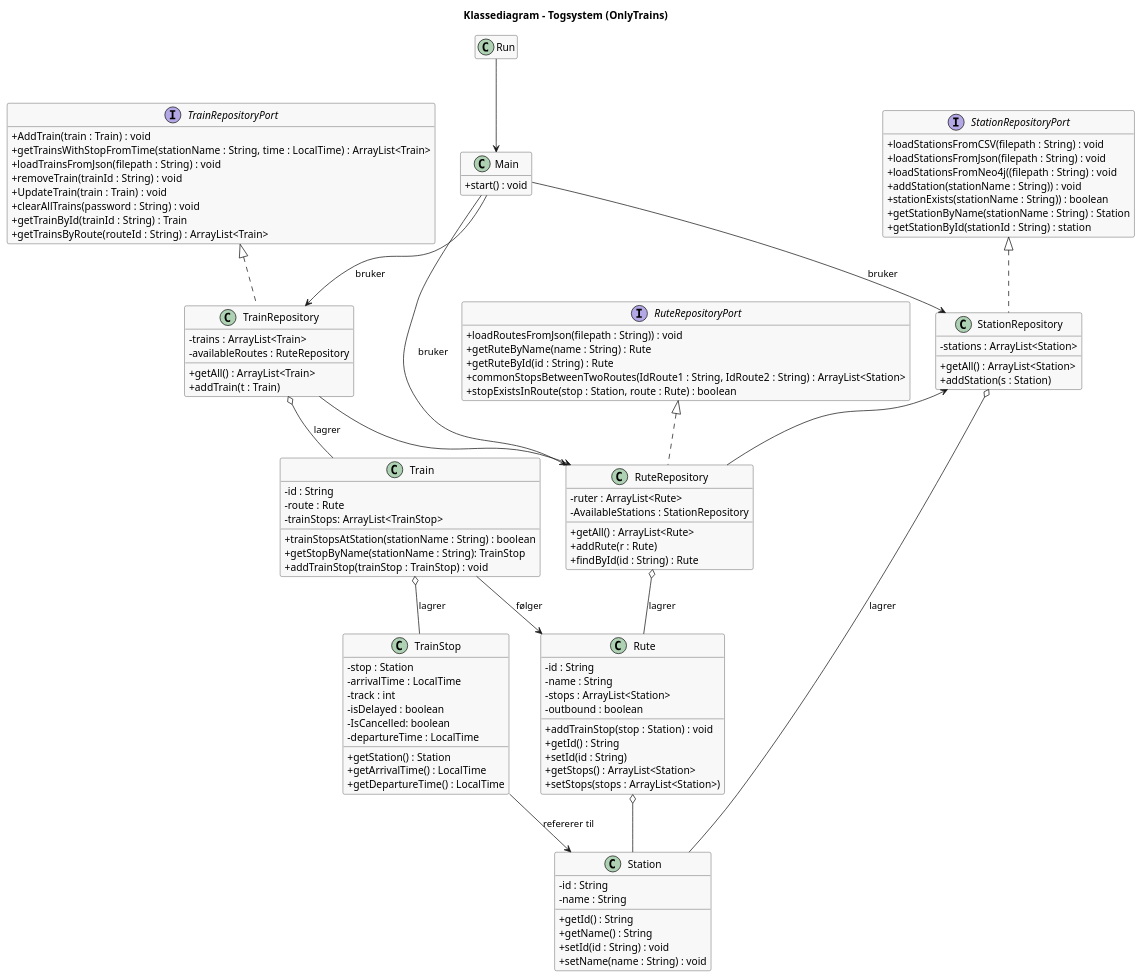
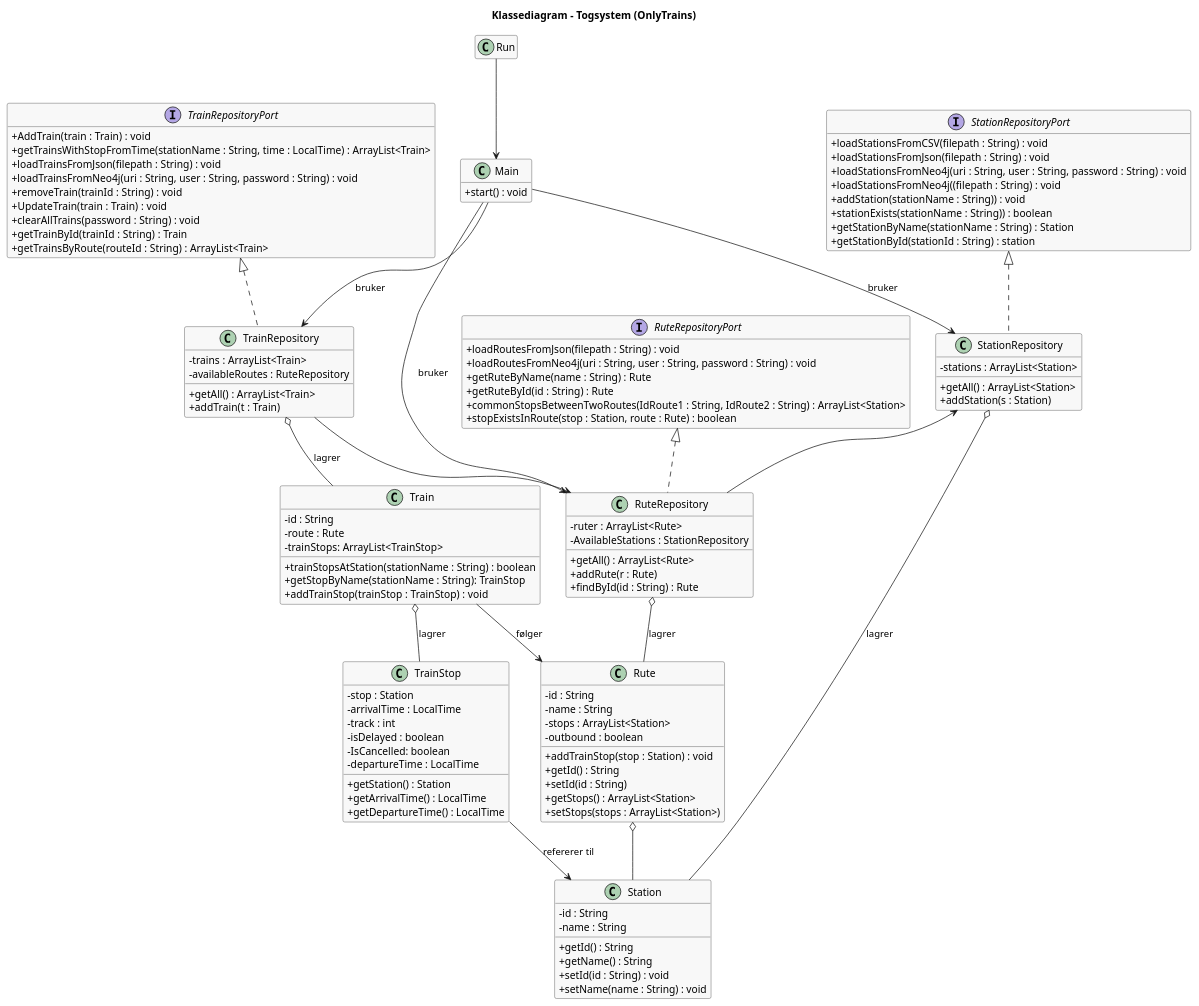
Before and after one commit to Leorita/Software-engineer: the diagram in OnlyTrainsApplication/src/Klassediagram.puml, drawn with PlantUML. The commit also changed 7 other files, not shown here.

Commit message:
La til ikke funksjonelle metoder for å laste inn data fra neo4j database, oppdaterte også klassediagram

```diff
--- a/OnlyTrainsApplication/src/Klassediagram.puml
+++ b/OnlyTrainsApplication/src/Klassediagram.puml
@@ -1,135 +1,138 @@
 @startuml
 title Klassediagram – Togsystem (OnlyTrains)
 hide empty members
 skinparam classAttributeIconSize 0
 skinparam class {
     BackgroundColor #F8F8F8
     BorderColor #333333
 }
 
 ' =======================
 ' Klasser
 ' =======================
 interface TrainRepositoryPort{
     + AddTrain(train : Train) : void
     + getTrainsWithStopFromTime(stationName : String, time : LocalTime) : ArrayList<Train>
     + loadTrainsFromJson(filepath : String) : void
+    + loadTrainsFromNeo4j(uri : String, user : String, password : String) : void
     + removeTrain(trainId : String) : void
     + UpdateTrain(train : Train) : void
     + clearAllTrains(password : String) : void
     + getTrainById(trainId : String) : Train
     + getTrainsByRoute(routeId : String) : ArrayList<Train>
 }
 interface RuteRepositoryPort{
-    + loadRoutesFromJson(filepath : String)) : void
+    + loadRoutesFromJson(filepath : String) : void
+    + loadRoutesFromNeo4j(uri : String, user : String, password : String) : void
     + getRuteByName(name : String) : Rute
     + getRuteById(id : String) : Rute
     + commonStopsBetweenTwoRoutes(IdRoute1 : String, IdRoute2 : String) : ArrayList<Station>
     + stopExistsInRoute(stop : Station, route : Rute) : boolean
 }
 
 interface StationRepositoryPort{
     + loadStationsFromCSV(filepath : String) : void
     + loadStationsFromJson(filepath : String) : void
+    + loadStationsFromNeo4j(uri : String, user : String, password : String) : void
     + loadStationsFromNeo4j((filepath : String) : void
     + addStation(stationName : String)) : void
     + stationExists(stationName : String)) : boolean
     + getStationByName(stationName : String) : Station
     + getStationById(stationId : String) : station
 }
 
 class Rute {
     - id : String
     - name : String
     - stops : ArrayList<Station>
     - outbound : boolean
     + addTrainStop(stop : Station) : void
     + getId() : String
     + setId(id : String)
     + getStops() : ArrayList<Station>
     + setStops(stops : ArrayList<Station>)
 }
 
 class Station {
     - id : String
     - name : String
     + getId() : String
     + getName() : String
     + setId(id : String) : void
     + setName(name : String) : void
 }
 
 class Train {
     - id : String
     - route : Rute
     - trainStops: ArrayList<TrainStop>
     + trainStopsAtStation(stationName : String) : boolean
     + getStopByName(stationName : String): TrainStop
     + addTrainStop(trainStop : TrainStop) : void
 }
 
 class TrainStop {
     - stop : Station
     - arrivalTime : LocalTime
     - track : int
     - isDelayed : boolean
     - IsCancelled: boolean
     - departureTime : LocalTime
     + getStation() : Station
     + getArrivalTime() : LocalTime
     + getDepartureTime() : LocalTime
 }
 
 class RuteRepository implements RuteRepositoryPort{
     - ruter : ArrayList<Rute>
     - AvailableStations : StationRepository
     + getAll() : ArrayList<Rute>
     + addRute(r : Rute)
     + findById(id : String) : Rute
 }
 
 
 class StationRepository implements StationRepositoryPort{
     - stations : ArrayList<Station>
     + getAll() : ArrayList<Station>
     + addStation(s : Station)
 }
 
 class TrainRepository implements TrainRepositoryPort {
     - trains : ArrayList<Train>
     - availableRoutes : RuteRepository
     + getAll() : ArrayList<Train>
     + addTrain(t : Train)
 }
 
 class Main{
  + start() : void
 }
 
 ' =======================
 ' Relasjoner
 ' =======================
 
 class Run{
 
 }
 
 Train --> Rute : følger
 Train o-- TrainStop : lagrer
 TrainStop --> Station : refererer til
 
 Rute o-- Station
 StationRepository <-- RuteRepository
 StationRepository o-- Station : lagrer
 
 RuteRepository o-- Rute : lagrer
 
 TrainRepository --> RuteRepository
 TrainRepository o-- Train : lagrer
 
 Main --> RuteRepository : bruker
 Main --> StationRepository : bruker
 Main --> TrainRepository : bruker
 
 Run --> Main
 @enduml
```
